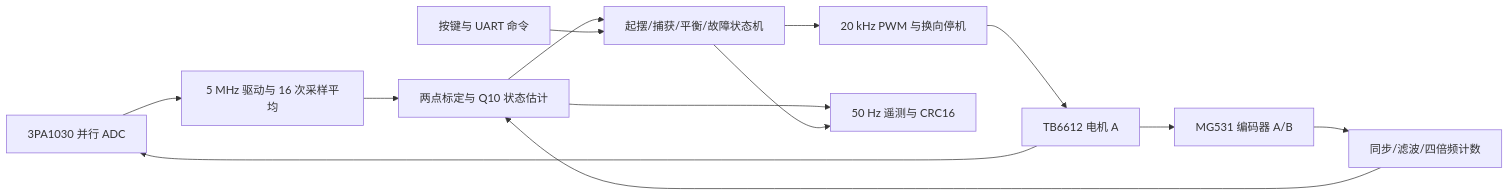
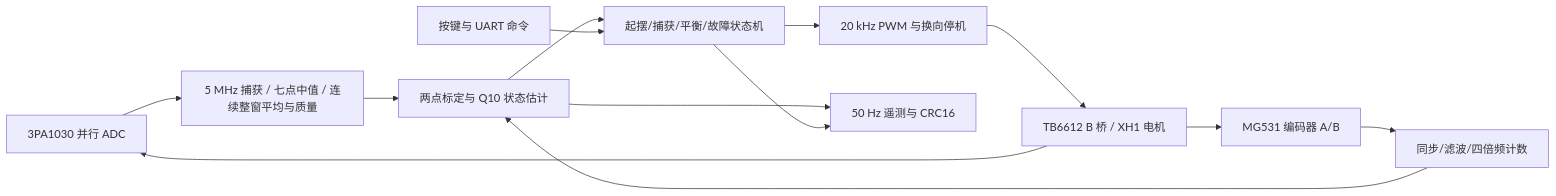
One commit to luoyuwushen/Attitude_Control changed the diagram in 开发项目技术文档.md. Above: the diagram before and after it, drawn with Mermaid. The commit also changed other lines of this file and 148 other files, not shown here.

````diff
--- a/开发项目技术文档.md
+++ b/开发项目技术文档.md
@@ -23,15 +55,15 @@
 ```mermaid
 flowchart LR
-    ADC[3PA1030 并行 ADC] --> SAMPLE[5 MHz 驱动与 16 次采样平均]
+    ADC[3PA1030 并行 ADC] --> SAMPLE[5 MHz 捕获 / 七点中值 / 连续整窗平均与质量]
     ENC[MG531 编码器 A/B] --> QUAD[同步/滤波/四倍频计数]
     SAMPLE --> EST[两点标定与 Q10 状态估计]
     QUAD --> EST
     EST --> CTRL[起摆/捕获/平衡/故障状态机]
     CTRL --> PWM[20 kHz PWM 与换向停机]
-    PWM --> MOTOR[TB6612 电机 A]
+    PWM --> MOTOR[TB6612 B 桥 / XH1 电机]
     MOTOR --> ADC
     MOTOR --> ENC
     KEY[按键与 UART 命令] --> CTRL
     EST --> TEL[50 Hz 遥测与 CRC16]
     CTRL --> TEL
 ```
````
